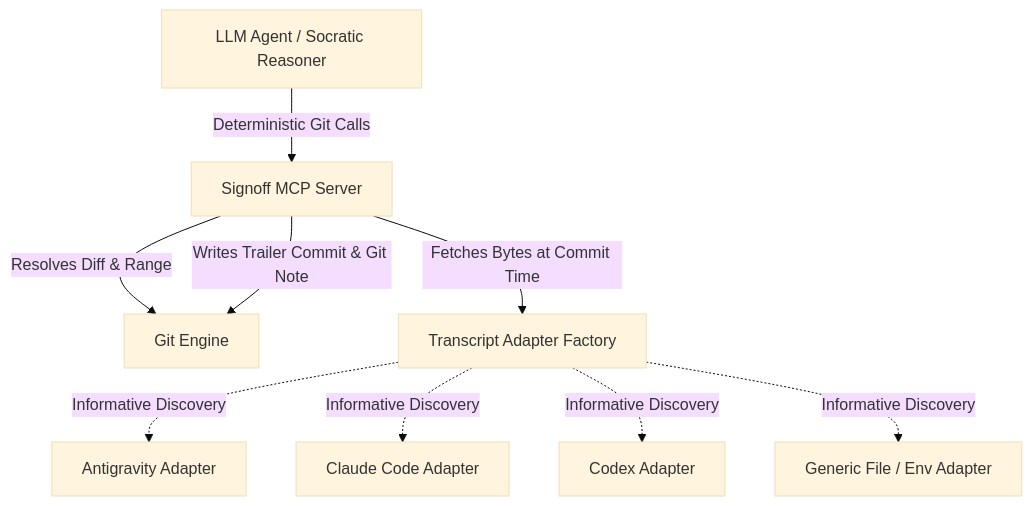
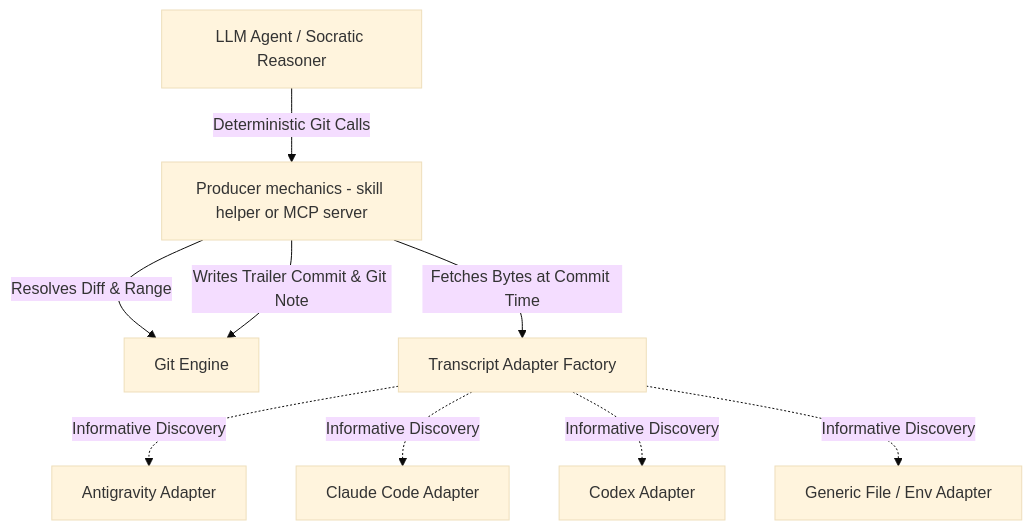
Before and after one commit to jerrylin96/git-signoff: the diagram in skills/signoff/specs/gsa-core.md, drawn with Mermaid (base theme). The commit also changed other lines of this file and 15 other files, not shown here.

````diff
--- a/skills/signoff/specs/gsa-core.md
+++ b/skills/signoff/specs/gsa-core.md
@@ -101,11 +101,11 @@
 ```mermaid
 graph TD
-    Agent[LLM Agent / Socratic Reasoner] -->|Deterministic Git Calls| MCPServer[Signoff MCP Server]
+    Agent[LLM Agent / Socratic Reasoner] -->|Deterministic Git Calls| MCPServer[Producer mechanics - skill helper or MCP server]
     MCPServer -->|Resolves Diff & Range| GitEngine[Git Engine]
     MCPServer -->|Fetches Bytes at Commit Time| AdapterFactory[Transcript Adapter Factory]
     AdapterFactory -. Informative Discovery .-> Antigravity[Antigravity Adapter]
     AdapterFactory -. Informative Discovery .-> ClaudeCode[Claude Code Adapter]
     AdapterFactory -. Informative Discovery .-> Codex[Codex Adapter]
     AdapterFactory -. Informative Discovery .-> GenericFile[Generic File / Env Adapter]
     MCPServer -->|Writes Trailer Commit & Git Note| GitEngine
 ```
````
